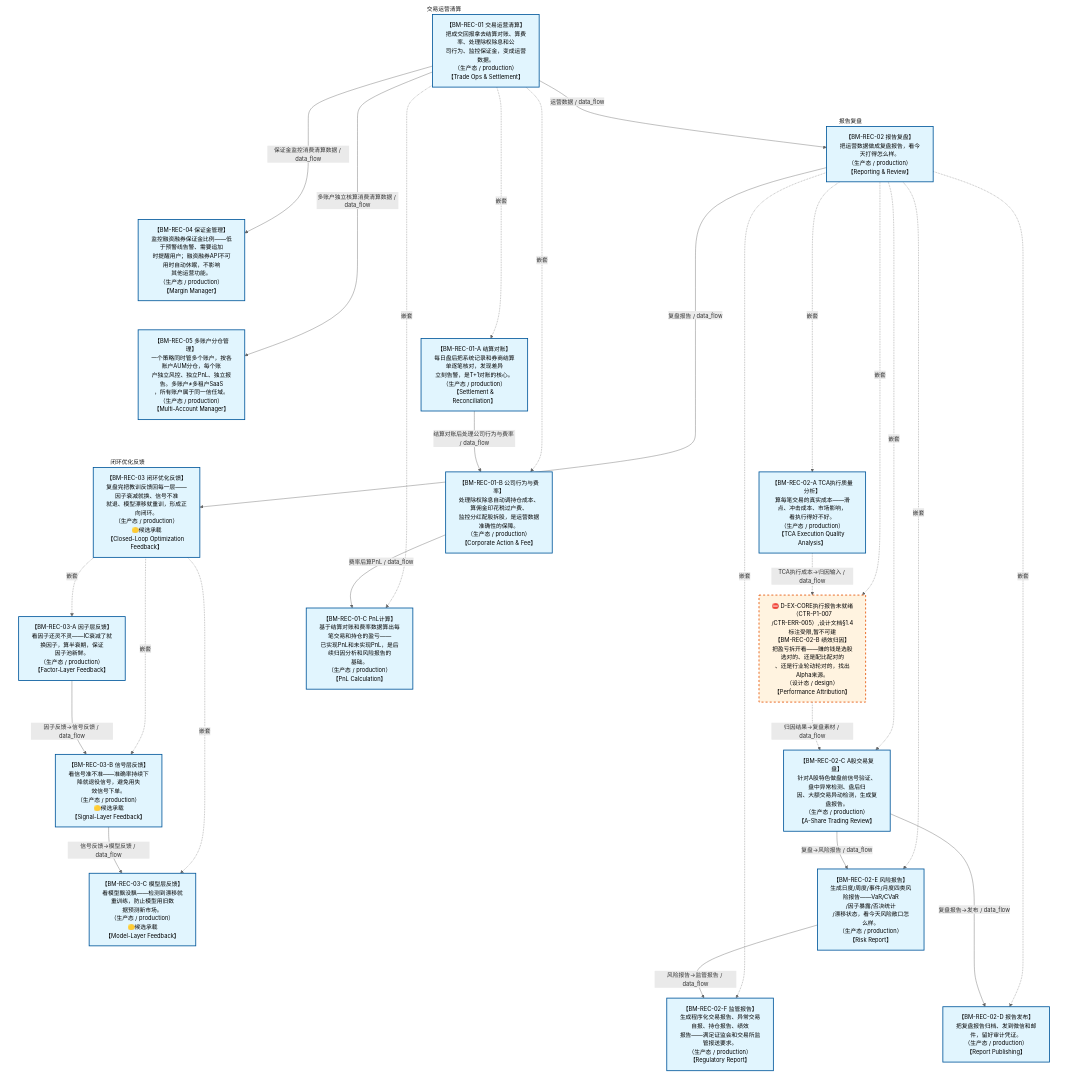
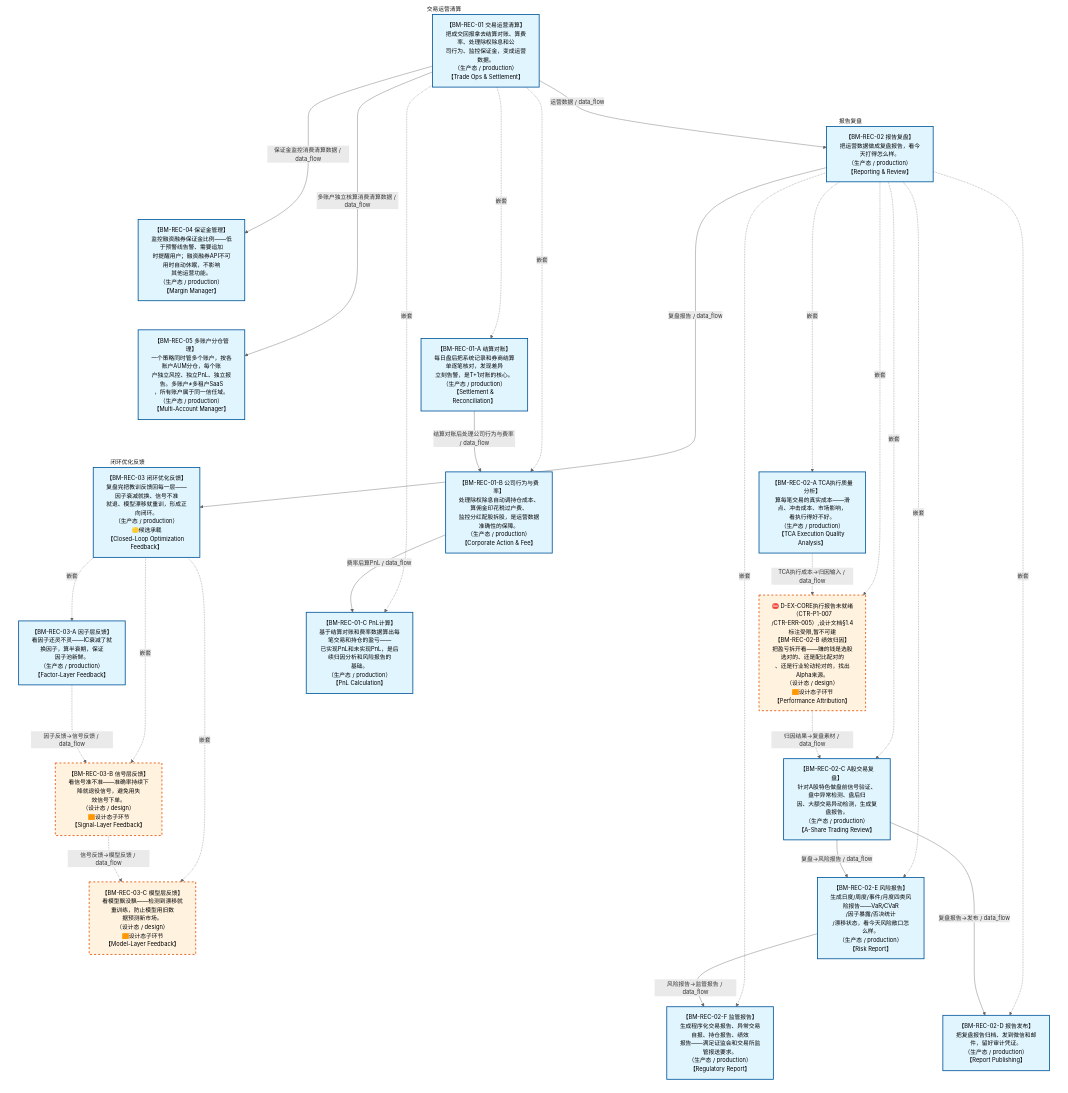
One commit to xuanFelixVan/ZephyrAlpha changed the diagram in docs/02_enterprise_architecture/07_trading_decision_architecture/battle_map/battle_map_11_reconciliation.md. Above: the diagram before and after it, drawn with Mermaid. The commit also changed other lines of this file and 86 other files, not shown here.

````diff
--- a/docs/02_enterprise_architecture/07_trading_decision_architecture/battle_map/battle_map_11_reconciliation.md
+++ b/docs/02_enterprise_architecture/07_trading_decision_architecture/battle_map/battle_map_11_reconciliation.md
@@ -38,64 +39,64 @@
 ```mermaid
 %%{init: {'theme': 'base', 'themeVariables': {'primaryColor': '#eaeaea', 'primaryTextColor': '#333333', 'primaryBorderColor': '#666666', 'lineColor': '#666666', 'secondaryColor': '#eaeaea', 'tertiaryColor': '#eaeaea', 'clusterBkg': 'transparent', 'clusterBorder': 'transparent', 'fontSize': '14px'}}}%%
 %% 对账阶段图
 flowchart TD
     subgraph sg_BM_REC_01 ["交易运营清算"]
         BM_REC_01["【BM-REC-01 交易运营清算】<br/>把成交回报拿去结算对账、算费率、处理除权除息和公<br/>司行为、监控保证金，变成运营数据。<br/>（生产态 / production）<br/>【Trade Ops &amp; Settlement】"]
         BM_REC_01_A["【BM-REC-01-A 结算对账】<br/>每日盘后把系统记录和券商结算单逐笔核对，发现差异<br/>立刻告警，是T+1对账的核心。<br/>（生产态 / production）<br/>【Settlement &amp; Reconciliation】"]
         BM_REC_01_B["【BM-REC-01-B 公司行为与费率】<br/>处理除权除息自动调持仓成本、算佣金印花税过户费、<br/>监控分红配股拆股，是运营数据准确性的保障。<br/>（生产态 / production）<br/>【Corporate Action &amp; Fee】"]
         BM_REC_01_C["【BM-REC-01-C PnL计算】<br/>基于结算对账和费率数据算出每笔交易和持仓的盈亏——<br/>已实现PnL和未实现PnL，是后续归因分析和风险报告的<br/>基础。<br/>（生产态 / production）<br/>【PnL Calculation】"]
         BM_REC_01 -.->|嵌套| BM_REC_01_A
         BM_REC_01 -.->|嵌套| BM_REC_01_B
         BM_REC_01 -.->|嵌套| BM_REC_01_C
     end
     subgraph sg_BM_REC_02 ["报告复盘"]
         BM_REC_02["【BM-REC-02 报告复盘】<br/>把运营数据做成复盘报告，看今天打得怎么样。<br/>（生产态 / production）<br/>【Reporting &amp; Review】"]
         BM_REC_02_E["【BM-REC-02-E 风险报告】<br/>生成日度/周度/事件/月度四类风险报告——VaR/CVaR<br/>/因子暴露/否决统计<br/>/漂移状态，看今天风险敞口怎么样。<br/>（生产态 / production）<br/>【Risk Report】"]
         BM_REC_02_F["【BM-REC-02-F 监管报告】<br/>生成程序化交易报告、异常交易自报、持仓报告、绩效<br/>报告——满足证监会和交易所监管报送要求。<br/>（生产态 / production）<br/>【Regulatory Report】"]
         BM_REC_02_A["【BM-REC-02-A TCA执行质量分析】<br/>算每笔交易的真实成本——滑点、冲击成本、市场影响，<br/>看执行得好不好。<br/>（生产态 / production）<br/>【TCA Execution Quality Analysis】"]
-        BM_REC_02_B["⛔ D-EX-CORE执行报告未就绪（CTR-P1-007<br/>/CTR-ERR-005）,设计文档§1.4标注受限,暂不可建<br/>【BM-REC-02-B 绩效归因】<br/>把盈亏拆开看——赚的钱是选股选对的、还是配比配对的<br/>、还是行业轮动轮对的，找出Alpha来源。<br/>（设计态 / design）<br/>【Performance Attribution】"]
+        BM_REC_02_B["⛔ D-EX-CORE执行报告未就绪（CTR-P1-007<br/>/CTR-ERR-005）,设计文档§1.4标注受限,暂不可建<br/>【BM-REC-02-B 绩效归因】<br/>把盈亏拆开看——赚的钱是选股选对的、还是配比配对的<br/>、还是行业轮动轮对的，找出Alpha来源。<br/>（设计态 / design）<br/>🟧设计态子环节<br/>【Performance Attribution】"]
         BM_REC_02_C["【BM-REC-02-C A股交易复盘】<br/>针对A股特色做盘前信号验证、盘中异常检测、盘后归<br/>因、大额交易异动检测，生成复盘报告。<br/>（生产态 / production）<br/>【A-Share Trading Review】"]
         BM_REC_02_D["【BM-REC-02-D 报告发布】<br/>把复盘报告归档、发到微信和邮件，留好审计凭证。<br/>（生产态 / production）<br/>【Report Publishing】"]
         BM_REC_02 -.->|嵌套| BM_REC_02_E
         BM_REC_02 -.->|嵌套| BM_REC_02_F
         BM_REC_02 -.->|嵌套| BM_REC_02_A
         BM_REC_02 -.->|嵌套| BM_REC_02_B
         BM_REC_02 -.->|嵌套| BM_REC_02_C
         BM_REC_02 -.->|嵌套| BM_REC_02_D
     end
     subgraph sg_BM_REC_03 ["闭环优化反馈"]
         BM_REC_03["【BM-REC-03 闭环优化反馈】<br/>复盘完把教训反馈回每一层——因子衰减就换、信号不准<br/>就退、模型漂移就重训，形成正向闭环。<br/>（生产态 / production）<br/>🟡候选承载<br/>【Closed-Loop Optimization Feedback】"]
         BM_REC_03_A["【BM-REC-03-A 因子层反馈】<br/>看因子还灵不灵——IC衰减了就换因子，算半衰期，保证<br/>因子池新鲜。<br/>（生产态 / production）<br/>【Factor-Layer Feedback】"]
-        BM_REC_03_B["【BM-REC-03-B 信号层反馈】<br/>看信号准不准——准确率持续下降就退役信号，避免用失<br/>效信号下单。<br/>（生产态 / production）<br/>🟡候选承载<br/>【Signal-Layer Feedback】"]
-        BM_REC_03_C["【BM-REC-03-C 模型层反馈】<br/>看模型飘没飘——检测到漂移就重训练，防止模型用旧数<br/>据预测新市场。<br/>（生产态 / production）<br/>🟡候选承载<br/>【Model-Layer Feedback】"]
+        BM_REC_03_B["【BM-REC-03-B 信号层反馈】<br/>看信号准不准——准确率持续下降就退役信号，避免用失<br/>效信号下单。<br/>（设计态 / design）<br/>🟧设计态子环节<br/>【Signal-Layer Feedback】"]
+        BM_REC_03_C["【BM-REC-03-C 模型层反馈】<br/>看模型飘没飘——检测到漂移就重训练，防止模型用旧数<br/>据预测新市场。<br/>（设计态 / design）<br/>🟧设计态子环节<br/>【Model-Layer Feedback】"]
         BM_REC_03 -.->|嵌套| BM_REC_03_A
         BM_REC_03 -.->|嵌套| BM_REC_03_B
         BM_REC_03 -.->|嵌套| BM_REC_03_C
     end
     BM_REC_04["【BM-REC-04 保证金管理】<br/>监控融资融券保证金比例——低于预警线告警、需要追加<br/>时提醒用户；融资融券API不可用时自动休眠，不影响<br/>其他运营功能。<br/>（生产态 / production）<br/>【Margin Manager】"]
     BM_REC_05["【BM-REC-05 多账户分仓管理】<br/>一个策略同时管多个账户，按各账户AUM分仓，每个账<br/>户独立风控、独立PnL、独立报告。多账户≠多租户SaaS<br/>，所有账户属于同一信任域。<br/>（生产态 / production）<br/>【Multi-Account Manager】"]
     BM_REC_01 ~~~ BM_REC_01_A ~~~ BM_REC_02_A ~~~ BM_REC_03_A
     BM_REC_02 ~~~ BM_REC_04 ~~~ BM_REC_05 ~~~ BM_REC_01_B ~~~ BM_REC_02_B ~~~ BM_REC_03_B
     BM_REC_03 ~~~ BM_REC_01_C ~~~ BM_REC_02_C ~~~ BM_REC_03_C
     BM_REC_02_E ~~~ BM_REC_02_D
     BM_REC_01 -->|运营数据 / data_flow| BM_REC_02
     BM_REC_02 -->|复盘报告 / data_flow| BM_REC_03
     BM_REC_01 -->|保证金监控消费清算数据 / data_flow| BM_REC_04
     BM_REC_01 -->|多账户独立核算消费清算数据 / data_flow| BM_REC_05
     BM_REC_01_A -->|结算对账后处理公司行为与费率 / data_flow| BM_REC_01_B
     BM_REC_02_A -.->|TCA执行成本→归因输入 / data_flow| BM_REC_02_B
     BM_REC_02_B -.->|归因结果→复盘素材 / data_flow| BM_REC_02_C
     BM_REC_02_C -->|复盘报告→发布 / data_flow| BM_REC_02_D
-    BM_REC_03_A -->|因子反馈→信号反馈 / data_flow| BM_REC_03_B
-    BM_REC_03_B -->|信号反馈→模型反馈 / data_flow| BM_REC_03_C
+    BM_REC_03_A -.->|因子反馈→信号反馈 / data_flow| BM_REC_03_B
+    BM_REC_03_B -.->|信号反馈→模型反馈 / data_flow| BM_REC_03_C
     BM_REC_01_B -->|费率后算PnL / data_flow| BM_REC_01_C
     BM_REC_02_C -->|复盘→风险报告 / data_flow| BM_REC_02_E
     BM_REC_02_E -->|风险报告→监管报告 / data_flow| BM_REC_02_F
 classDef production fill:#e1f5fe,stroke:#01579b,stroke-width:2px,color:#000
 classDef design fill:#fff3e0,stroke:#e65100,stroke-width:2px,color:#000,stroke-dasharray: 5 5
 classDef deprecated fill:#ffebee,stroke:#c62828,stroke-width:2px,color:#000
 classDef missing fill:#eeeeee,stroke:#9e9e9e,stroke-width:2px,color:#000
 classDef candidate fill:#fffde7,stroke:#f9a825,stroke-width:2px,color:#000,stroke-dasharray: 5 5
-    class BM_REC_01,BM_REC_02,BM_REC_03,BM_REC_04,BM_REC_05,BM_REC_01_A,BM_REC_01_B,BM_REC_01_C,BM_REC_02_E,BM_REC_02_F,BM_REC_02_A,BM_REC_02_C,BM_REC_02_D,BM_REC_03_A,BM_REC_03_B,BM_REC_03_C production
-    class BM_REC_02_B design
+    class BM_REC_01,BM_REC_02,BM_REC_03,BM_REC_04,BM_REC_05,BM_REC_01_A,BM_REC_01_B,BM_REC_01_C,BM_REC_02_E,BM_REC_02_F,BM_REC_02_A,BM_REC_02_C,BM_REC_02_D,BM_REC_03_A production
+    class BM_REC_02_B,BM_REC_03_B,BM_REC_03_C design
 ```
````
